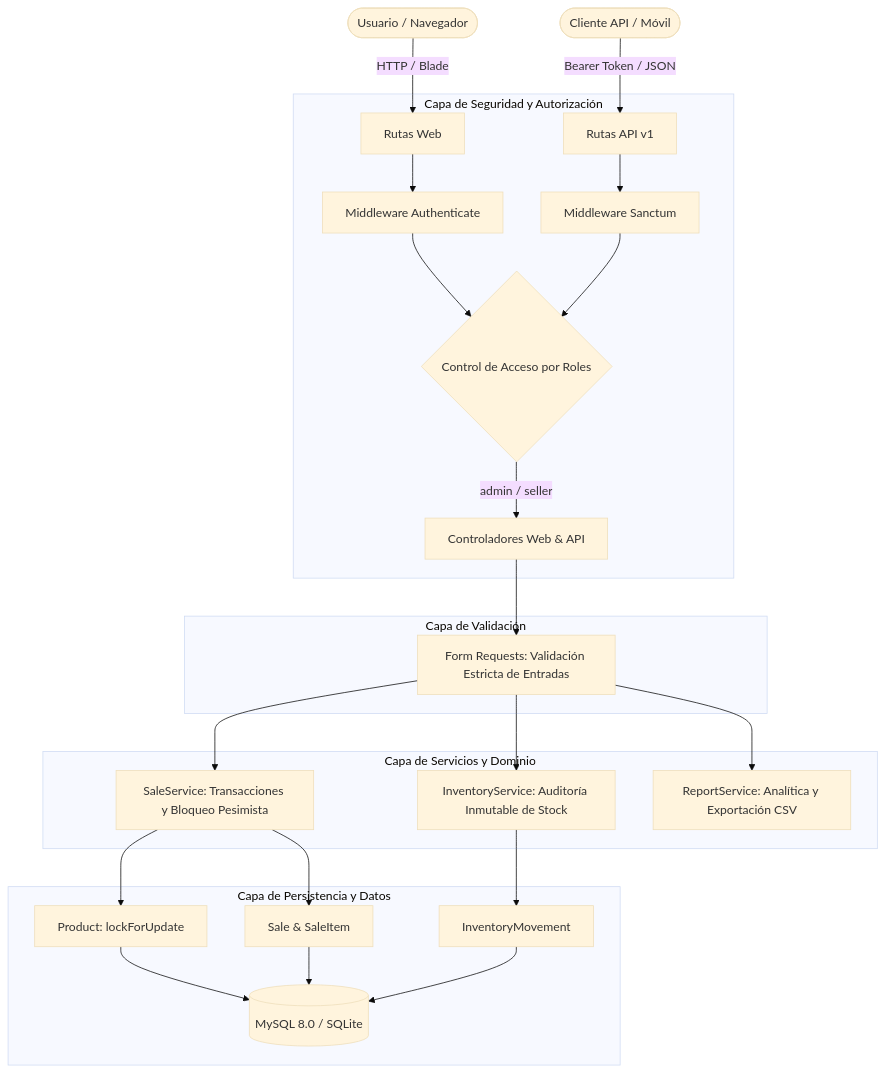
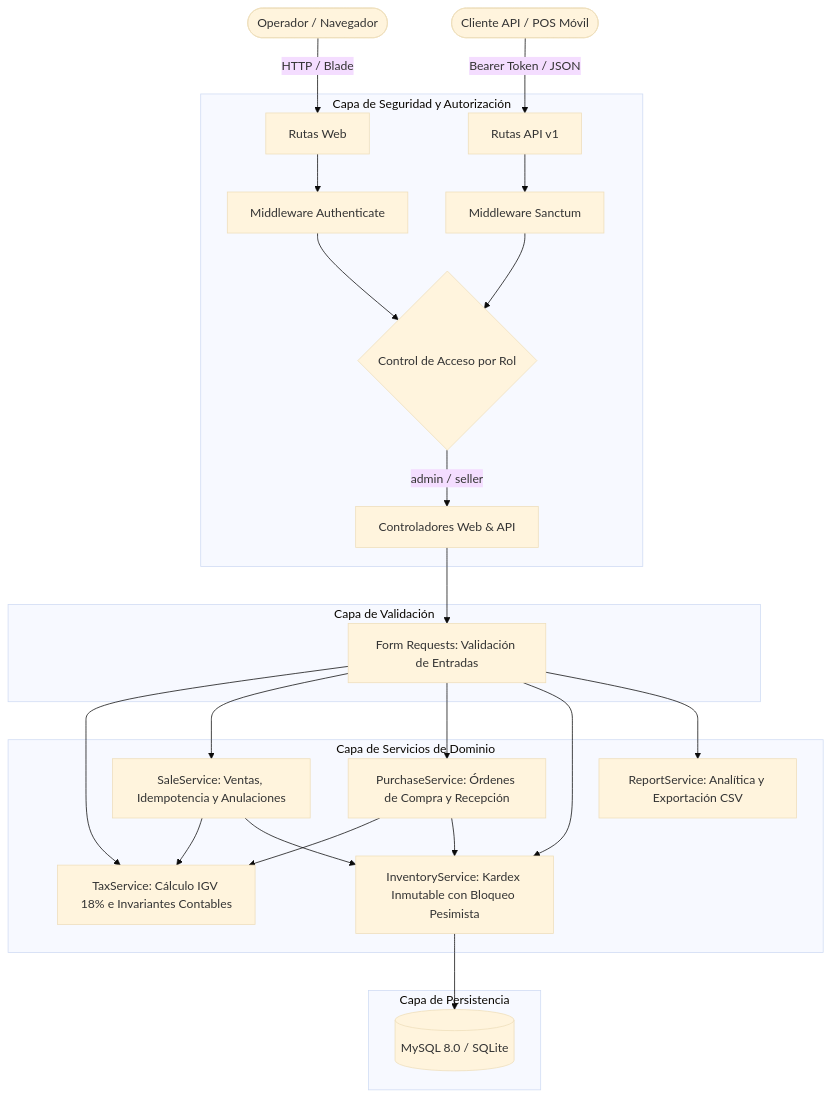
Before and after one commit to Alonso-S/pymeflow-erp: the diagram in README.md, drawn with Mermaid (base theme). The commit also changed other lines of this file and 52 other files, not shown here.

Commit message:
Add purchases module, IGV tax calculation and sale cancellation

````diff
--- a/README.md
+++ b/README.md
@@ -18,32 +20,33 @@
 ```mermaid
 graph TD
-    User([Usuario / Navegador]) -->|HTTP / Blade| WebRoutes[Rutas Web]
-    ApiClient([Cliente API / Móvil]) -->|Bearer Token / JSON| ApiRoutes[Rutas API v1]
+    User([Operador / Navegador]) -->|HTTP / Blade| WebRoutes[Rutas Web]
+    ApiClient([Cliente API / POS Móvil]) -->|Bearer Token / JSON| ApiRoutes[Rutas API v1]
 
     subgraph Capa de Seguridad y Autorización
         WebRoutes --> WebAuth[Middleware Authenticate]
         ApiRoutes --> SanctumAuth[Middleware Sanctum]
-        WebAuth --> RoleMiddleware{Control de Acceso por Roles}
+        WebAuth --> RoleMiddleware{Control de Acceso por Rol}
         SanctumAuth --> RoleMiddleware
         RoleMiddleware -->|admin / seller| Controllers[Controladores Web & API]
     end
 
     subgraph Capa de Validación
-        Controllers --> FormRequests[Form Requests: Validación Estricta de Entradas]
+        Controllers --> FormRequests[Form Requests: Validación de Entradas]
     end
 
-    subgraph Capa de Servicios y Dominio
-        FormRequests --> SaleService[SaleService: Transacciones y Bloqueo Pesimista]
-        FormRequests --> InventoryService[InventoryService: Auditoría Inmutable de Stock]
+    subgraph Capa de Servicios de Dominio
+        FormRequests --> TaxService[TaxService: Cálculo IGV 18% e Invariantes Contables]
+        FormRequests --> SaleService[SaleService: Ventas, Idempotencia y Anulaciones]
+        FormRequests --> PurchaseService[PurchaseService: Órdenes de Compra y Recepción]
+        FormRequests --> InventoryService[InventoryService: Kardex Inmutable con Bloqueo Pesimista]
         FormRequests --> ReportService[ReportService: Analítica y Exportación CSV]
     end
 
-    subgraph Capa de Persistencia y Datos
-        SaleService --> ProductModel[Product: lockForUpdate]
-        SaleService --> SaleModel[Sale & SaleItem]
-        InventoryService --> InvMovementModel[InventoryMovement]
-        ProductModel --> Database[(MySQL 8.0 / SQLite)]
-        SaleModel --> Database
-        InvMovementModel --> Database
+    subgraph Capa de Persistencia
+        SaleService --> TaxService
+        SaleService --> InventoryService
+        PurchaseService --> TaxService
+        PurchaseService --> InventoryService
+        InventoryService --> Database[(MySQL 8.0 / SQLite)]
     end
 ```
````
